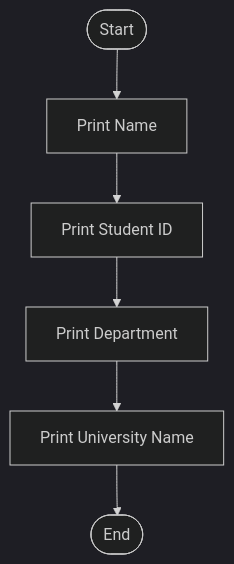
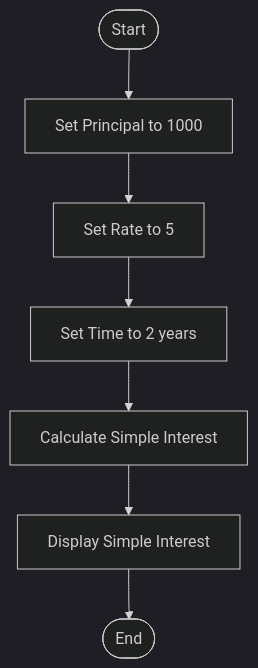
The third of 4 diagrams in Lab-01-Basic-C-Programming/README.md (tonmoy222/C-programming-lab-work-Batch-34), drawn with Mermaid (dark theme) before and after one commit. The commit also changed other lines of this file, not shown here.

````diff
--- a/Lab-01-Basic-C-Programming/README.md
+++ b/Lab-01-Basic-C-Programming/README.md
@@ -33,8 +76,9 @@
 ```mermaid
 flowchart TD
-    A([Start]) --> B[Print Name]
-    B --> C[Print Student ID]
-    C --> D[Print Department]
-    D --> E[Print University Name]
-    E --> F([End])
+    A([Start]) --> B["Set Principal to 1000"]
+    B --> C["Set Rate to 5"]
+    C --> D["Set Time to 2 years"]
+    D --> E["Calculate Simple Interest"]
+    E --> F["Display Simple Interest"]
+    F --> G([End])
 ```
````
